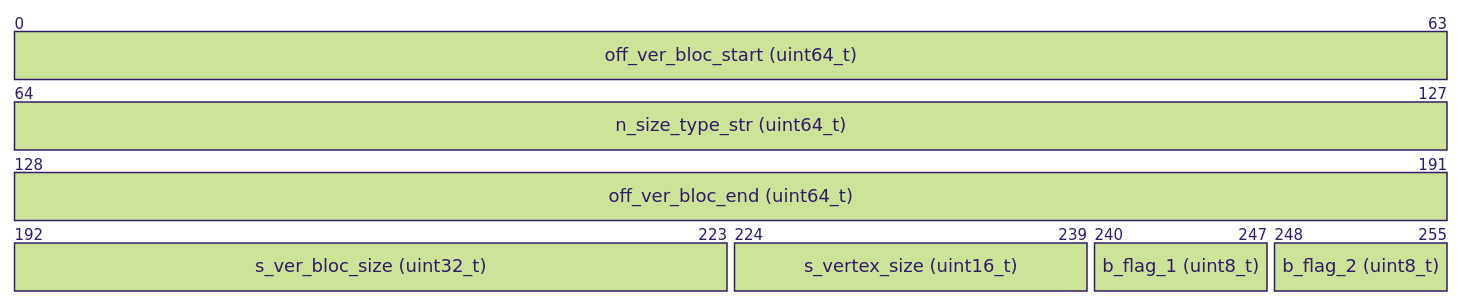
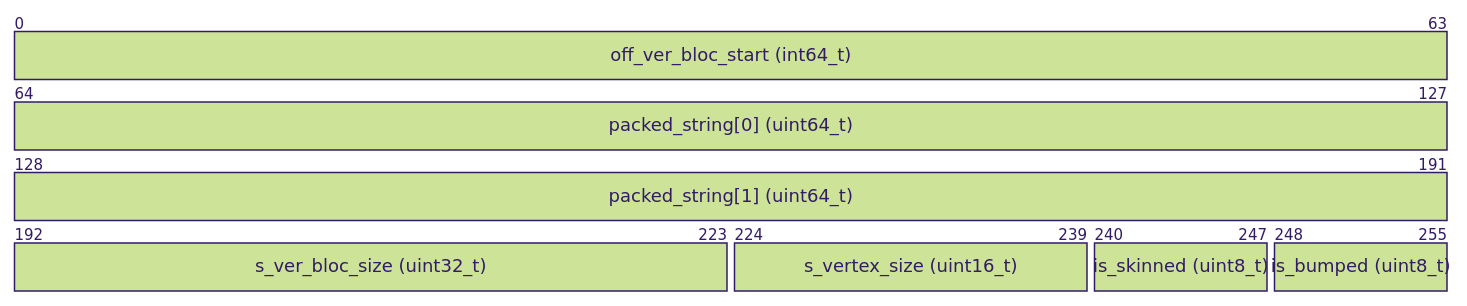
Before and after one commit to wows-tools/wows-geometry: the third of 4 diagrams in FORMAT.md, drawn with Mermaid. The commit also changed other lines of this file and 6 other files, not shown here.

````diff
--- a/FORMAT.md
+++ b/FORMAT.md
@@ -66,11 +86,11 @@
 ```mermaid
 %%{init: { 'theme': 'forest', 'config': {'bitsPerRow': 64, 'bitWidth': 15}}}%%
 packet-beta
-0-63: "off_ver_bloc_start (uint64_t)"
-64-127: "n_size_type_str (uint64_t)"
-128-191: "off_ver_bloc_end (uint64_t)"
+0-63: "off_ver_bloc_start (int64_t)"
+64-127: "packed_string[0] (uint64_t)"
+128-191: "packed_string[1] (uint64_t)"
 192-223: "s_ver_bloc_size (uint32_t)"
 224-239: "s_vertex_size (uint16_t)"
-240-247: "b_flag_1 (uint8_t)"
-248-255: "b_flag_2 (uint8_t)"
+240-247: "is_skinned (uint8_t)"
+248-255: "is_bumped (uint8_t)"
 ```
````
